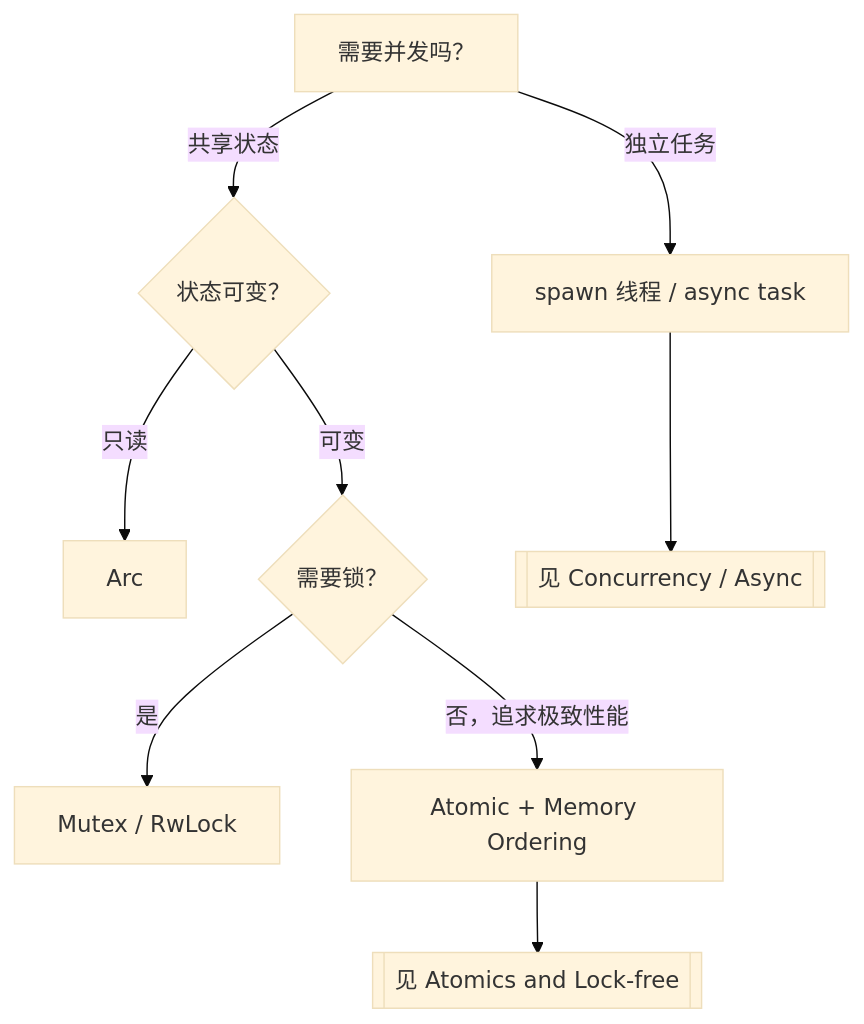
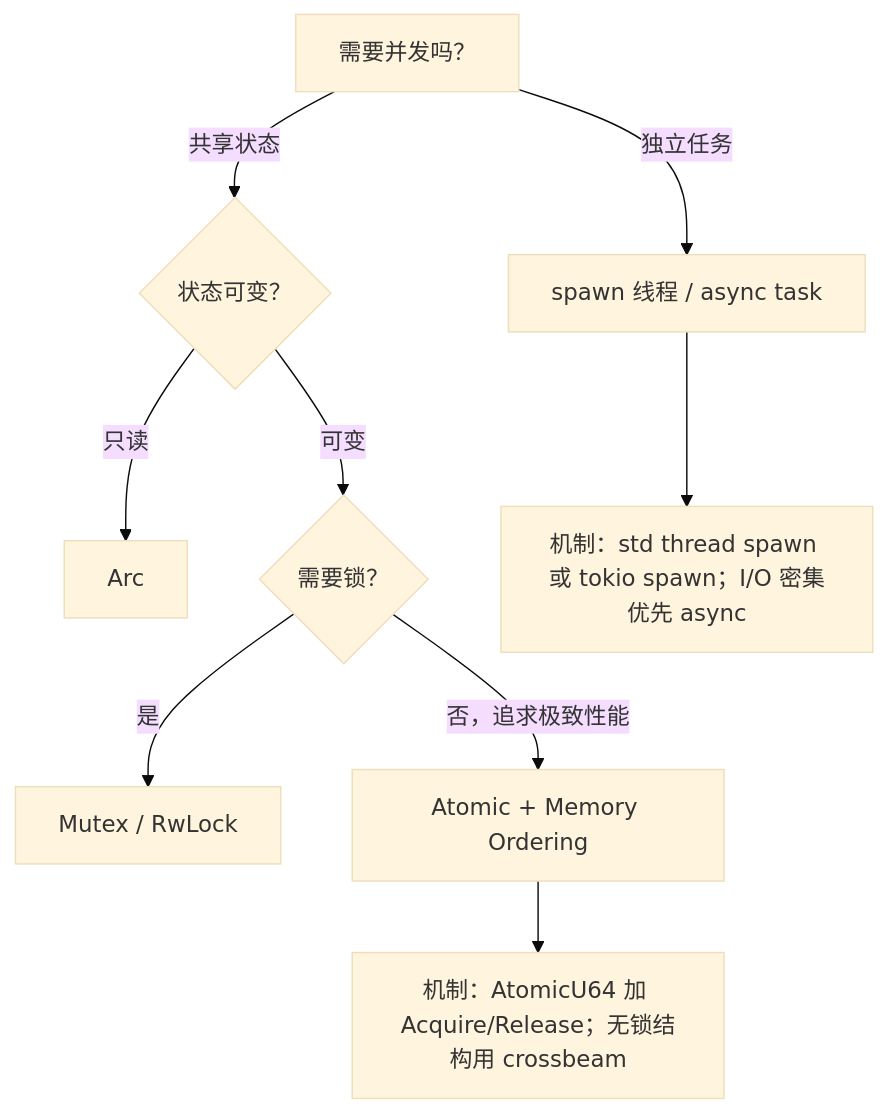
Before and after one commit to martin-ly/rust-lang: the third of 9 diagrams in concept/00_meta/knowledge_topology/03_scenario_decision_tree_atlas.md, drawn with Mermaid (base theme). The commit also changed other lines of this file and 1409 other files, not shown here.

````diff
--- a/concept/00_meta/knowledge_topology/03_scenario_decision_tree_atlas.md
+++ b/concept/00_meta/knowledge_topology/03_scenario_decision_tree_atlas.md
@@ -118,11 +118,11 @@
 ```mermaid
 flowchart TD
     C[需要并发吗？] -->|独立任务| D[spawn 线程 / async task]
     C -->|共享状态| E{状态可变？}
     E -->|只读| F[Arc<T>]
     E -->|可变| G{需要锁？}
     G -->|是| H[Mutex / RwLock]
     G -->|否，追求极致性能| I[Atomic + Memory Ordering]
-    D --> J[[见 Concurrency / Async]]
-    I --> K[[见 Atomics and Lock-free]]
+    D --> J[机制：std thread spawn 或 tokio spawn；I/O 密集优先 async]
+    I --> K[机制：AtomicU64 加 Acquire/Release；无锁结构用 crossbeam]
 ```
````
